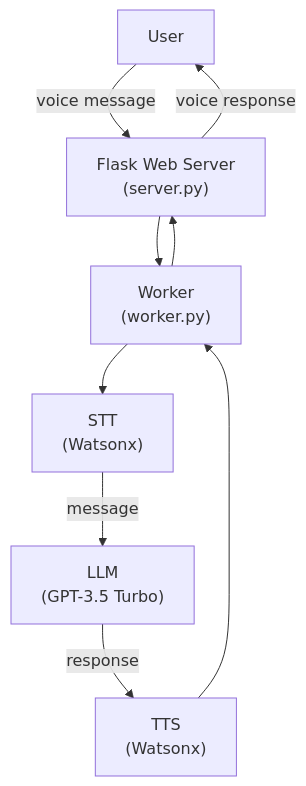
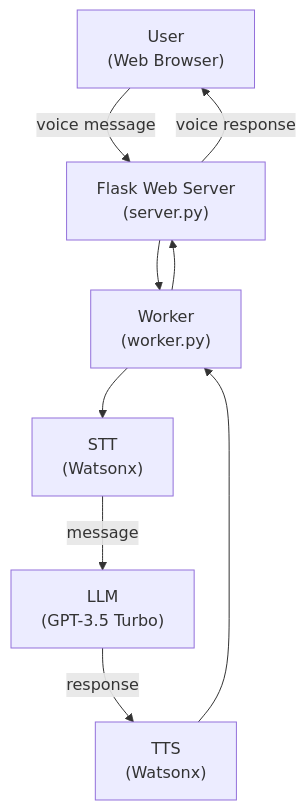
Before and after one commit to arthurtran04/ibm-3: the diagram in README.md, drawn with Mermaid.

````diff
--- a/README.md
+++ b/README.md
@@ -30,11 +30,11 @@
 ```mermaid
 flowchart TD
-    A[User] -- voice message --> B[Flask Web Server<br/>#40;server.py#41;]
+    A[User<br/>#40;Web Browser#41;] -- voice message --> B[Flask Web Server<br/>#40;server.py#41;]
     B --> C[Worker<br/>#40;worker.py#41;]
     C --> D[STT<br/>#40;Watsonx#41;]
     D -- message --> E[LLM<br/>#40;GPT-3.5 Turbo#41;]
     E -- response --> F[TTS<br/>#40;Watsonx#41;]
     F --> C
     C --> B
     B -- voice response --> A
 ```
````
